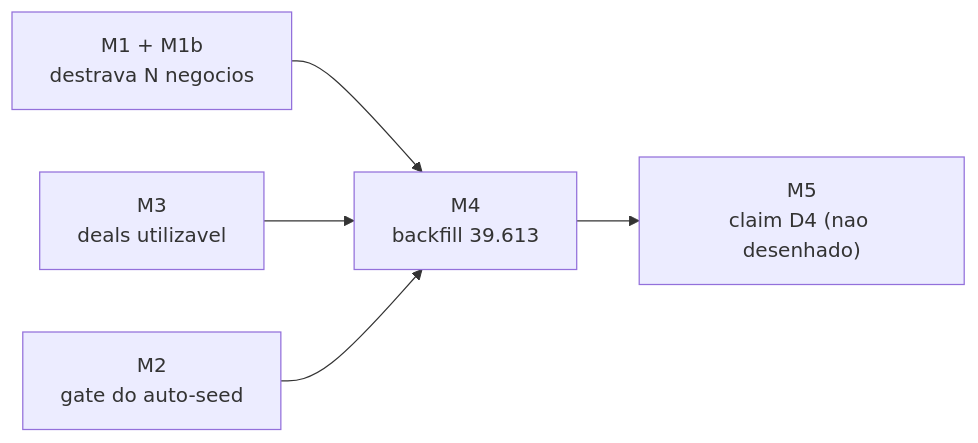
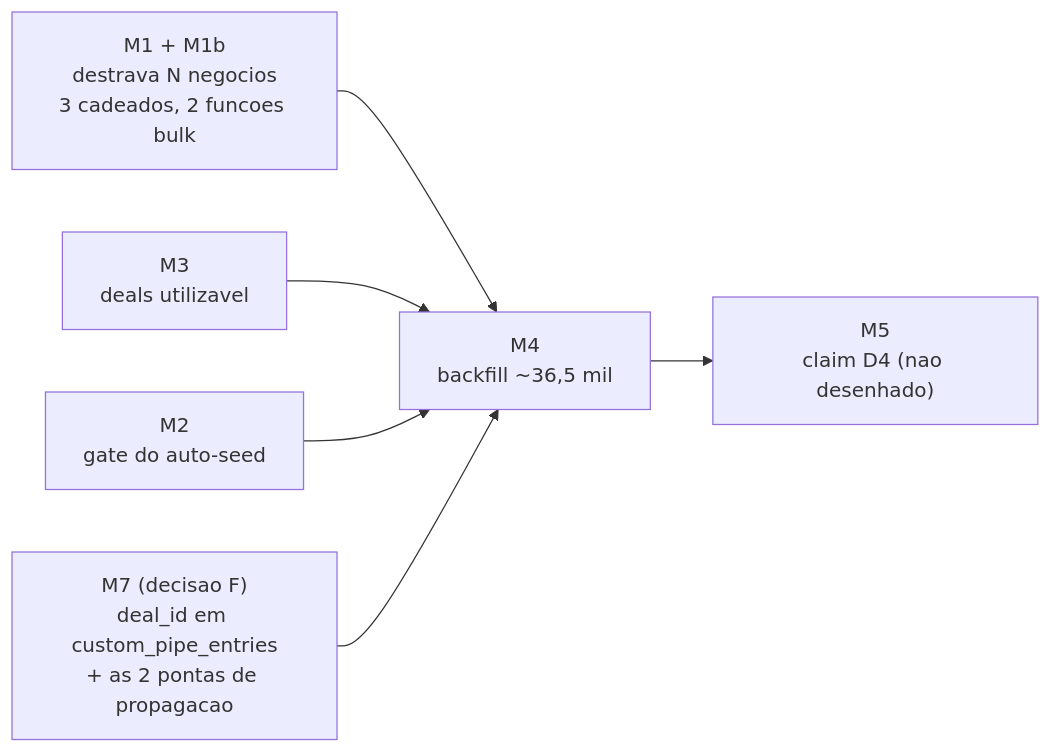
The diagram in Obsidian/Segundo Cerebro/Claude Code — Torque CRM/08 — Backlog/em-progresso/lead-negocio-migrations-db.md (fabiomilennials1234-a11y/v8milennialsb2bv2), drawn with Mermaid before and after one commit. The commit also changed other lines of this file and 9 other files, not shown here.

````diff
--- a/Obsidian/Segundo Cerebro/Claude Code — Torque CRM/08 — Backlog/em-progresso/lead-negocio-migrations-db.md
+++ b/Obsidian/Segundo Cerebro/Claude Code — Torque CRM/08 — Backlog/em-progresso/lead-negocio-migrations-db.md
@@ -40,7 +46,8 @@
 ```mermaid
 flowchart LR
-    M1["M1 + M1b<br/>destrava N negocios"] --> M4["M4<br/>backfill 39.613"]
+    M1["M1 + M1b<br/>destrava N negocios<br/>3 cadeados, 2 funcoes bulk"] --> M4["M4<br/>backfill ~36,5 mil"]
     M3["M3<br/>deals utilizavel"] --> M4
     M2["M2<br/>gate do auto-seed"] --> M4
+    M7["M7 (decisao F)<br/>deal_id em custom_pipe_entries<br/>+ as 2 pontas de propagacao"] --> M4
     M4 --> M5["M5<br/>claim D4 (nao desenhado)"]
 ```
````
